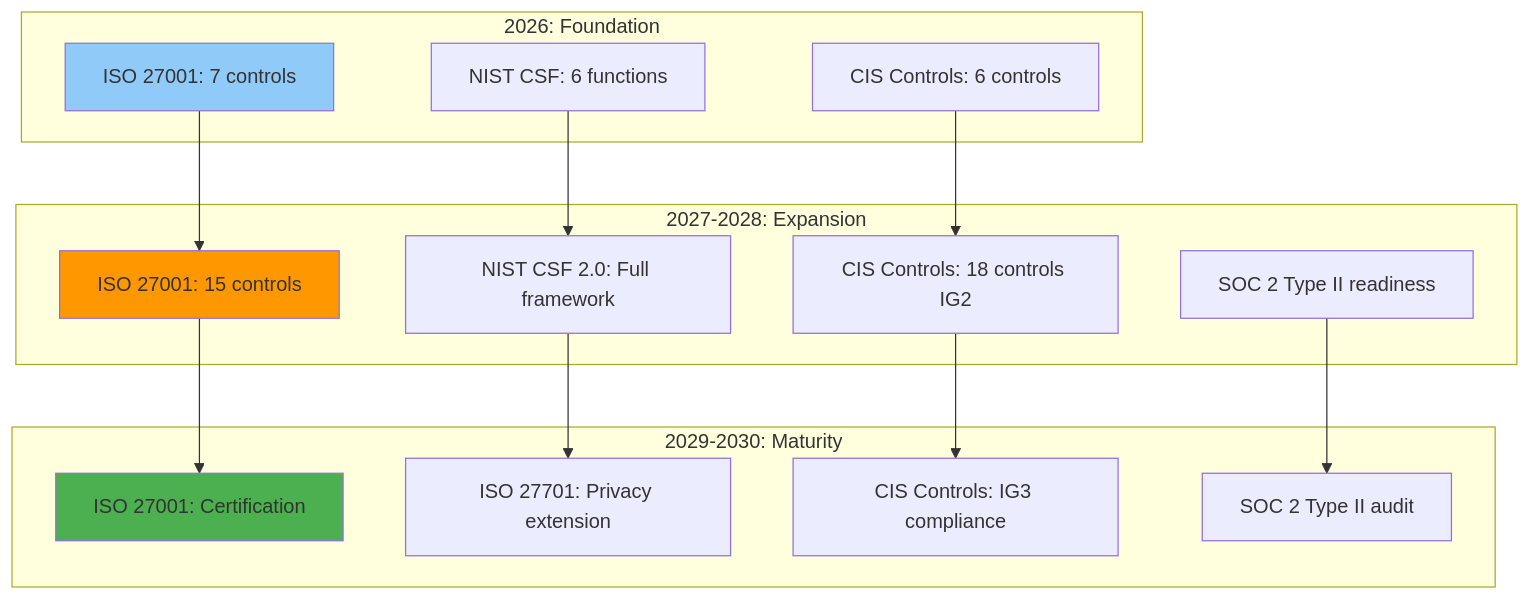
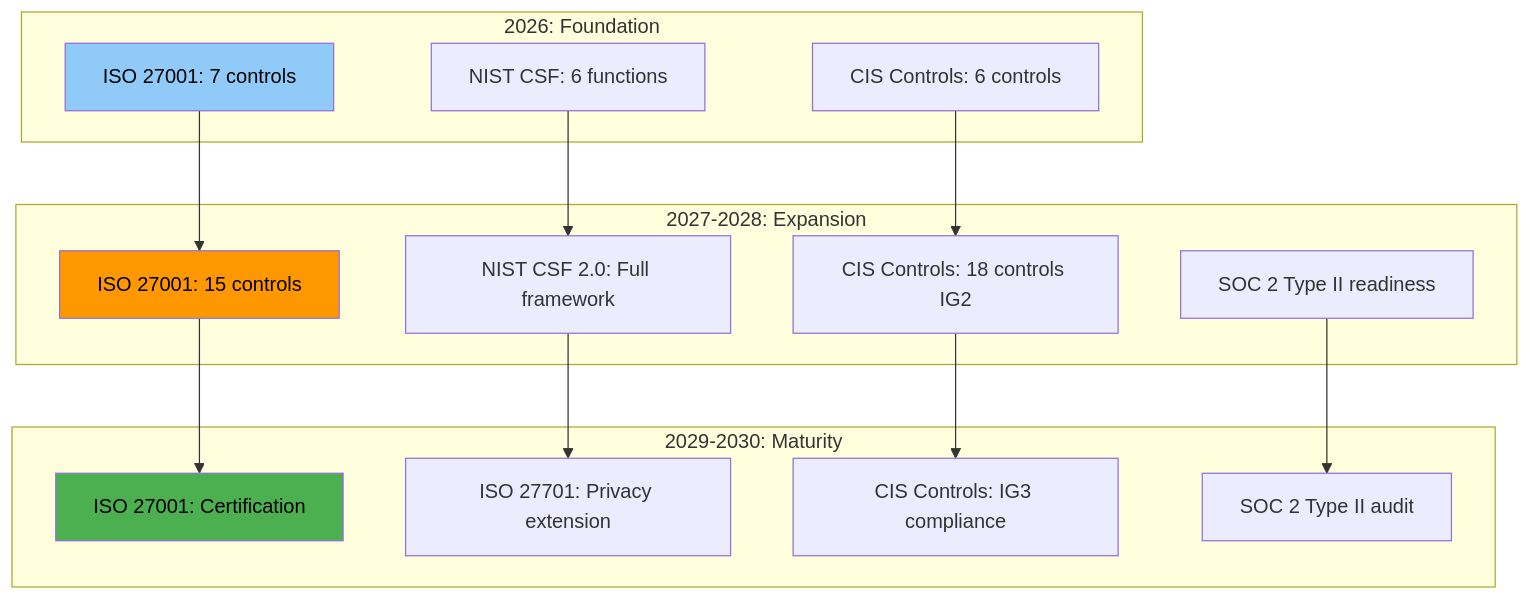
Before and after one commit to Hack23/riksdagsmonitor: the eighth of 9 diagrams in FUTURE_SECURITY_ARCHITECTURE.md, drawn with Mermaid. The commit also changed other lines of this file and 11 other files, not shown here.

First line of the commit message:
Fix broken mermaid diagrams: SWOT gantt, quadrantChart theming, init quotes, text colors

````diff
--- a/FUTURE_SECURITY_ARCHITECTURE.md
+++ b/FUTURE_SECURITY_ARCHITECTURE.md
@@ -604,34 +604,34 @@
 ```mermaid
 graph TB
     subgraph "2026: Foundation"
         C1[ISO 27001: 7 controls]
         C2[NIST CSF: 6 functions]
         C3[CIS Controls: 6 controls]
     end
     
     subgraph "2027-2028: Expansion"
         C4[ISO 27001: 15 controls]
         C5[NIST CSF 2.0: Full framework]
         C6[CIS Controls: 18 controls IG2]
         C7[SOC 2 Type II readiness]
     end
     
     subgraph "2029-2030: Maturity"
         C8[ISO 27001: Certification]
         C9[ISO 27701: Privacy extension]
         C10[CIS Controls: IG3 compliance]
         C11[SOC 2 Type II audit]
     end
     
     C1 --> C4
     C2 --> C5
     C3 --> C6
     C4 --> C8
     C5 --> C9
     C6 --> C10
     C7 --> C11
     
-    style C1 fill:#90caf9
-    style C4 fill:#ff9800
-    style C8 fill:#4caf50
+    style C1 fill:#90caf9,color:#000000
+    style C4 fill:#ff9800,color:#000000
+    style C8 fill:#4caf50,color:#000000
 ```
````
